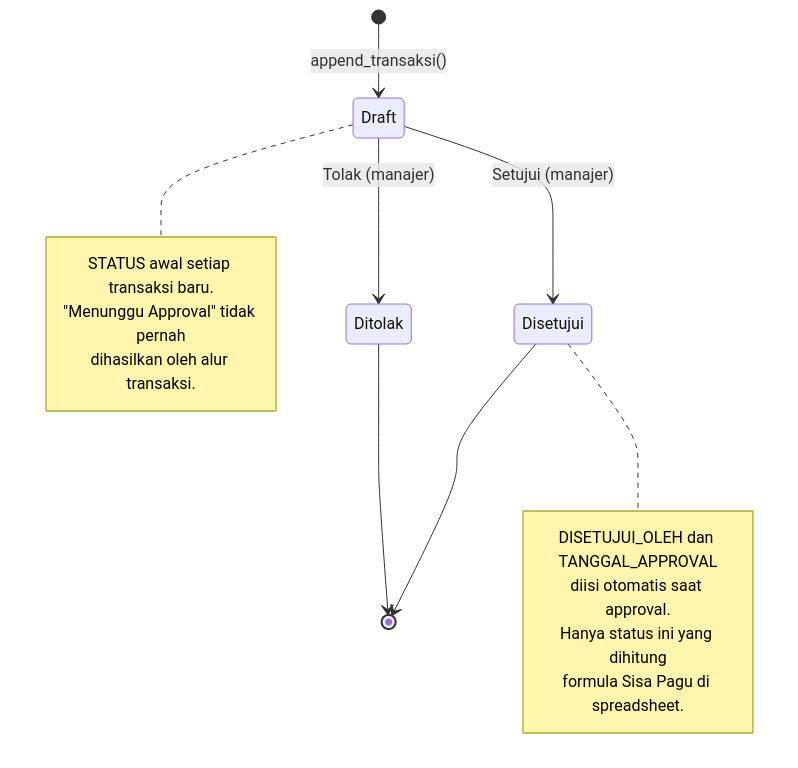
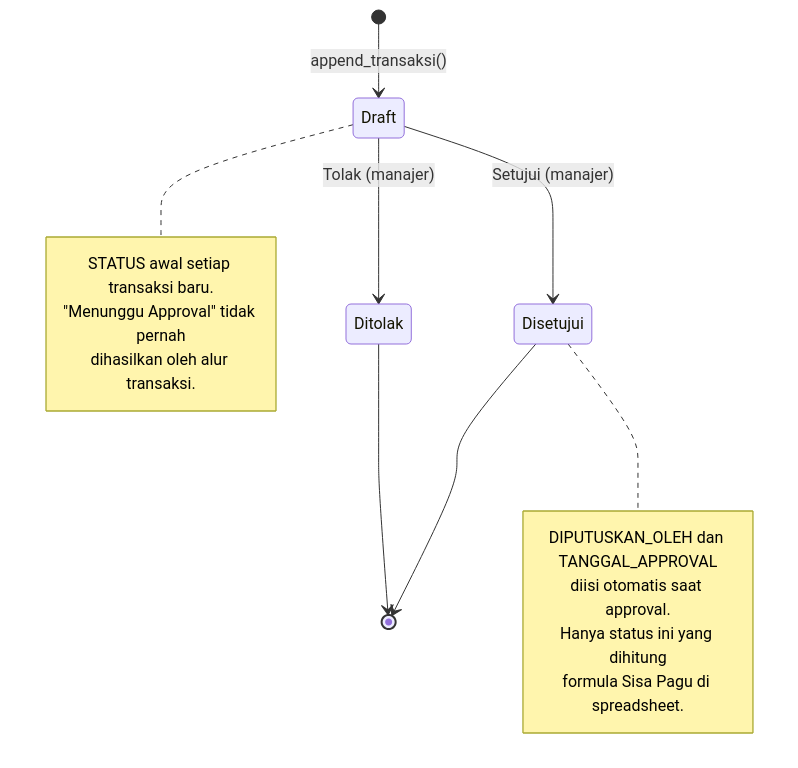
One commit to alexkelana/simkeu_streamlit changed the tenth of 12 diagrams in docs/RANGKUMAN_APLIKASI.md. Above: the diagram before and after it, drawn with Mermaid. The commit also changed other lines of this file and 4 other files, not shown here.

First line of the commit message:
Ganti nama kolom DISETUJUI_OLEH menjadi DIPUTUSKAN_OLEH

````diff
--- a/docs/RANGKUMAN_APLIKASI.md
+++ b/docs/RANGKUMAN_APLIKASI.md
@@ -769,21 +769,21 @@
 ```mermaid
 stateDiagram-v2
     [*] --> Draft : append_transaksi()
     Draft --> Disetujui : Setujui (manajer)
     Draft --> Ditolak : Tolak (manajer)
     Disetujui --> [*]
     Ditolak --> [*]
 
     note right of Draft
         STATUS awal setiap transaksi baru.
         "Menunggu Approval" tidak pernah
         dihasilkan oleh alur transaksi.
     end note
 
     note right of Disetujui
-        DISETUJUI_OLEH dan TANGGAL_APPROVAL
+        DIPUTUSKAN_OLEH dan TANGGAL_APPROVAL
         diisi otomatis saat approval.
         Hanya status ini yang dihitung
         formula Sisa Pagu di spreadsheet.
     end note
 ```
````
